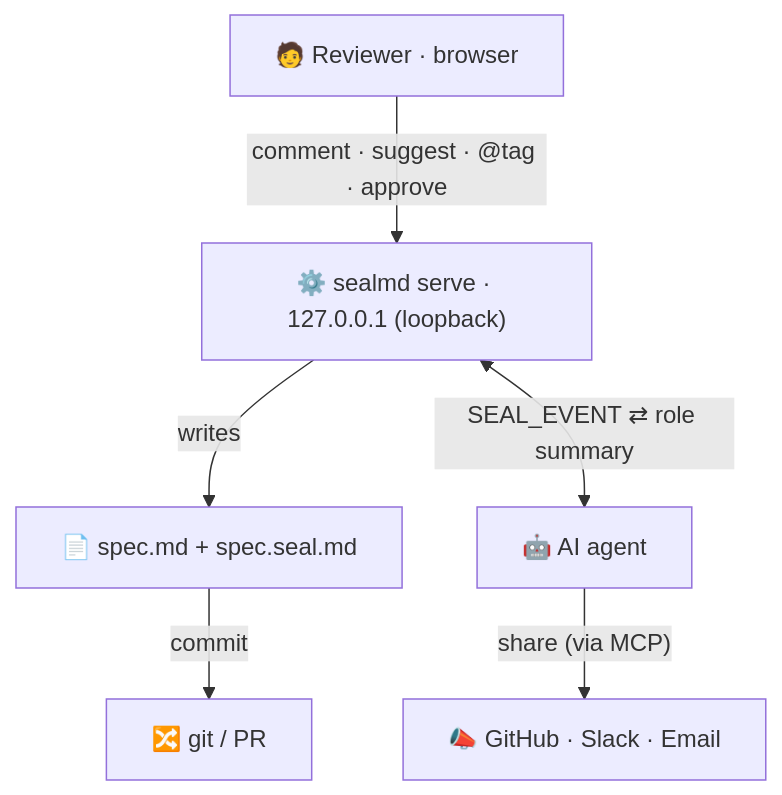
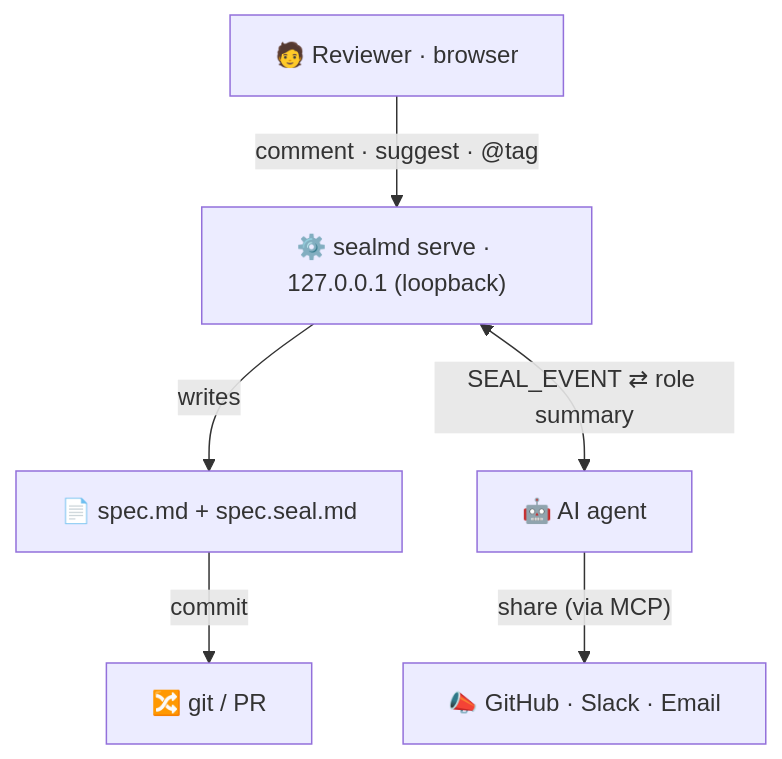
The diagram in README.md (jonyster/sealmd), drawn with Mermaid before and after one commit. The commit also changed other lines of this file and 17 other files, not shown here.

````diff
--- a/README.md
+++ b/README.md
@@ -112,15 +112,15 @@
 ```mermaid
 flowchart TD
     H["🧑 Reviewer · browser"]
     S["⚙️ sealmd serve · 127.0.0.1 (loopback)"]
     A["🤖 AI agent"]
     F["📄 spec.md + spec.seal.md"]
     G["🔀 git / PR"]
     X["📣 GitHub · Slack · Email"]
 
-    H -->|"comment · suggest · @tag · approve"| S
+    H -->|"comment · suggest · @tag"| S
     S -->|"writes"| F
     F -->|"commit"| G
     S <-->|"SEAL_EVENT ⇄ role summary"| A
     A -->|"share (via MCP)"| X
 ```
````
